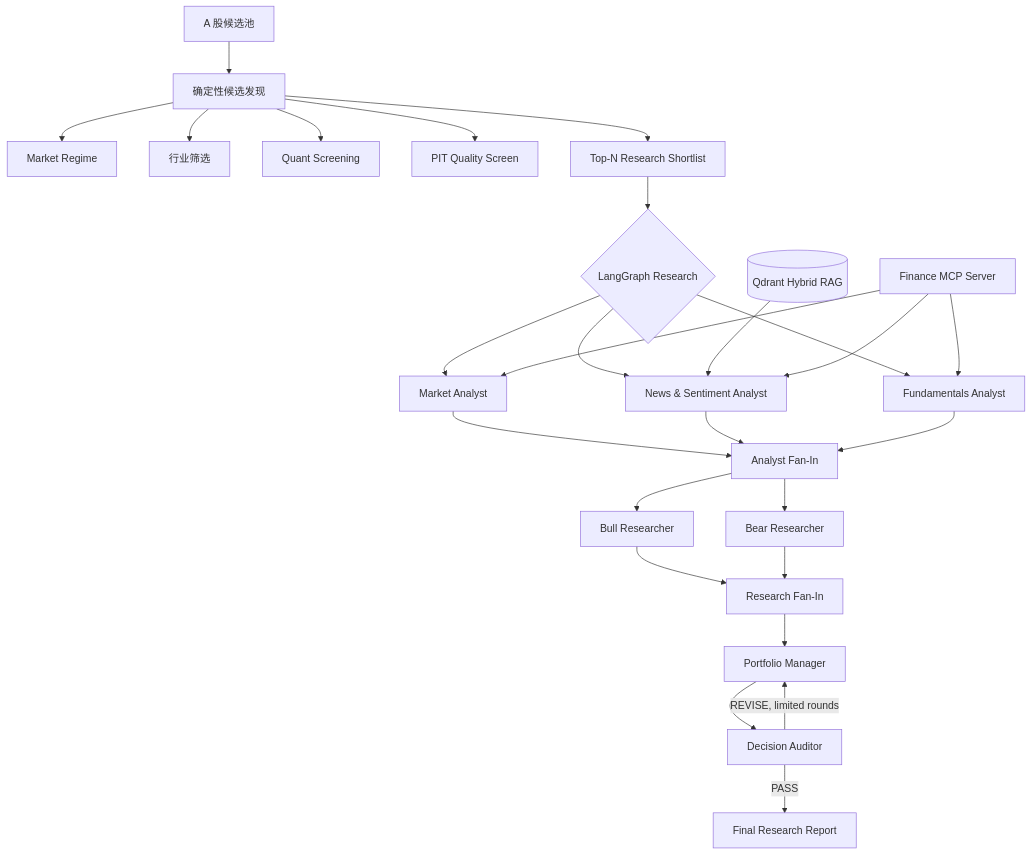
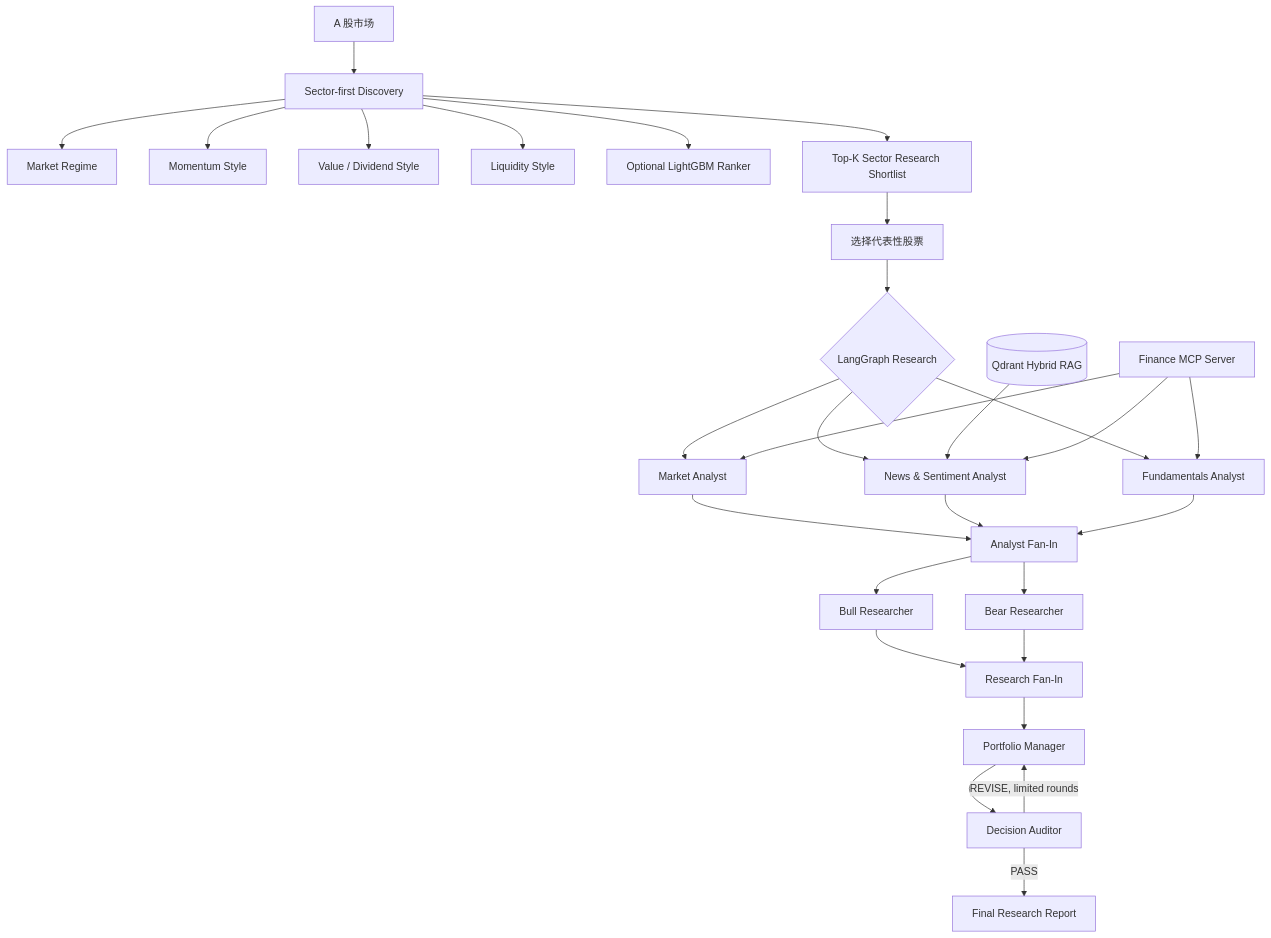
The diagram in README.md (wyh22/multi-agent-trading), drawn with Mermaid before and after one commit. The commit also changed other lines of this file and 23 other files, not shown here.

First line of the commit message:
feat: redesign discovery as sector-first style ranking

````diff
--- a/README.md
+++ b/README.md
@@ -49,33 +49,35 @@
 ```mermaid
 flowchart TD
-    A[A 股候选池] --> B[确定性候选发现]
+    A[A 股市场] --> B[Sector-first Discovery]
     B --> B1[Market Regime]
-    B --> B2[行业筛选]
-    B --> B3[Quant Screening]
-    B --> B4[PIT Quality Screen]
-    B --> C[Top-N Research Shortlist]
+    B --> B2[Momentum Style]
+    B --> B3[Value / Dividend Style]
+    B --> B4[Liquidity Style]
+    B --> B5[Optional LightGBM Ranker]
+    B --> C[Top-K Sector Research Shortlist]
+    C --> C1[选择代表性股票]
 
-    C --> D{LangGraph Research}
+    C1 --> D{LangGraph Research}
     D --> M[Market Analyst]
     D --> N[News & Sentiment Analyst]
     D --> F[Fundamentals Analyst]
 
     M --> X[Analyst Fan-In]
     N --> X
     F --> X
 
     X --> BU[Bull Researcher]
     X --> BE[Bear Researcher]
     BU --> Y[Research Fan-In]
     BE --> Y
 
     Y --> PM[Portfolio Manager]
     PM --> AU[Decision Auditor]
     AU -->|PASS| E[Final Research Report]
     AU -->|REVISE, limited rounds| PM
 
     R[(Qdrant Hybrid RAG)] --> N
     MCP[Finance MCP Server] --> M
     MCP --> N
     MCP --> F
 ```
````
